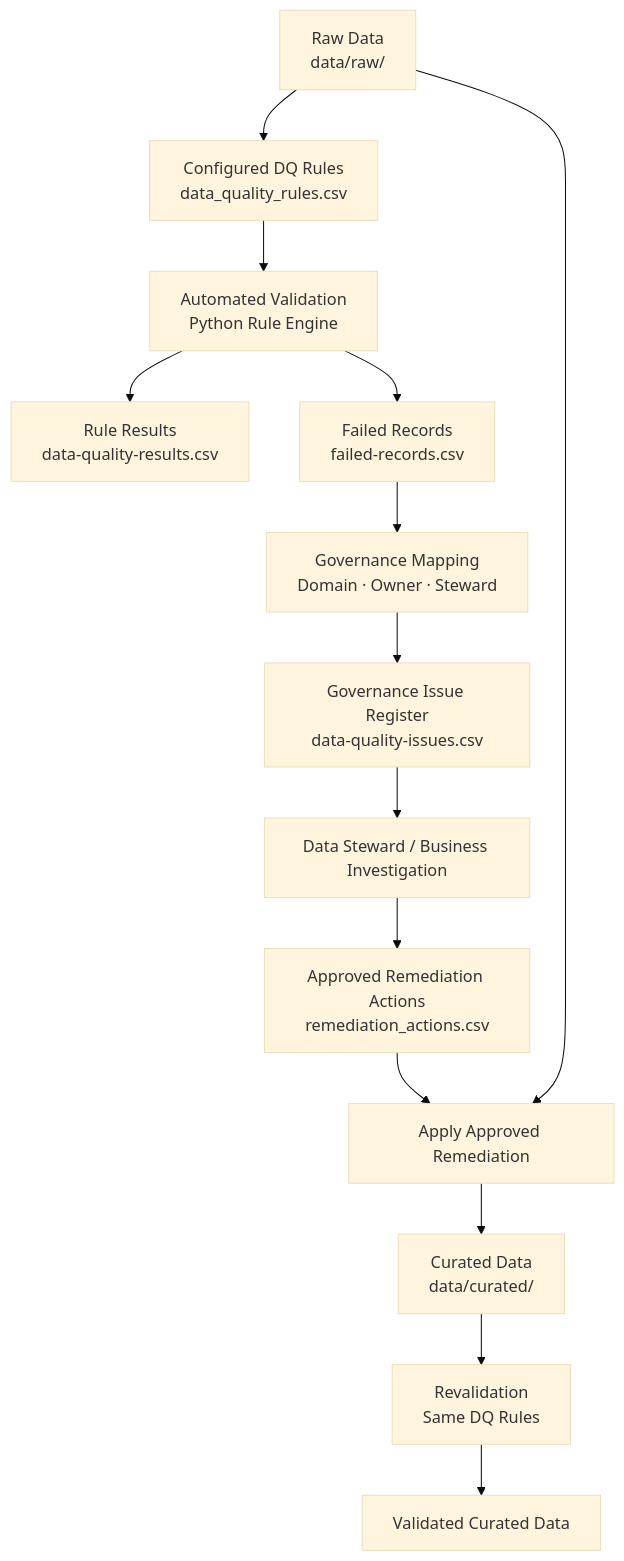
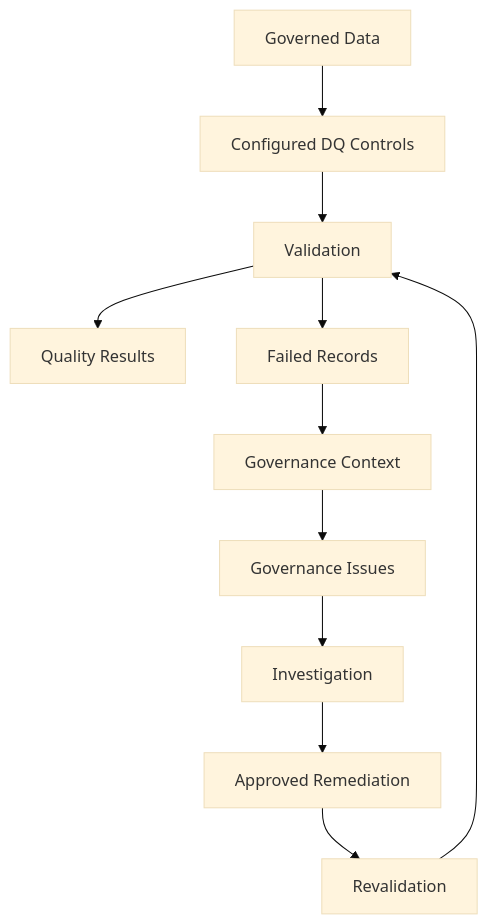
One commit to ehsieh0715/microsoft-purview-data-governance changed the diagram in governance/data-quality-framework.md. Above: the diagram before and after it, drawn with Mermaid (base theme). The commit also changed other lines of this file and 16 other files, not shown here.

Commit message:
Refactor governance documents, metadata, and issue generation

````diff
--- a/governance/data-quality-framework.md
+++ b/governance/data-quality-framework.md
@@ -73,21 +81,16 @@
 ```mermaid
 flowchart TD
-    A["Raw Data<br/>data/raw/"] --> B["Configured DQ Rules<br/>data_quality_rules.csv"]
-    B --> C["Automated Validation<br/>Python Rule Engine"]
+    A["Governed Data"] --> B["Configured DQ Controls"]
+    B --> C["Validation"]
+    C --> D["Quality Results"]
+    C --> E["Failed Records"]
 
-    C --> D["Rule Results<br/>data-quality-results.csv"]
-    C --> E["Failed Records<br/>failed-records.csv"]
+    E --> F["Governance Context"]
+    F --> G["Governance Issues"]
 
-    E --> F["Governance Mapping<br/>Domain · Owner · Steward"]
-    F --> G["Governance Issue Register<br/>data-quality-issues.csv"]
+    G --> H["Investigation"]
+    H --> I["Approved Remediation"]
+    I --> J["Revalidation"]
 
-    G --> H["Data Steward / Business Investigation"]
-    H --> I["Approved Remediation Actions<br/>remediation_actions.csv"]
-
-    A --> J["Apply Approved Remediation"]
-    I --> J
-
-    J --> K["Curated Data<br/>data/curated/"]
-    K --> L["Revalidation<br/>Same DQ Rules"]
-    L --> M["Validated Curated Data"]
+    J --> C
 ```
````
